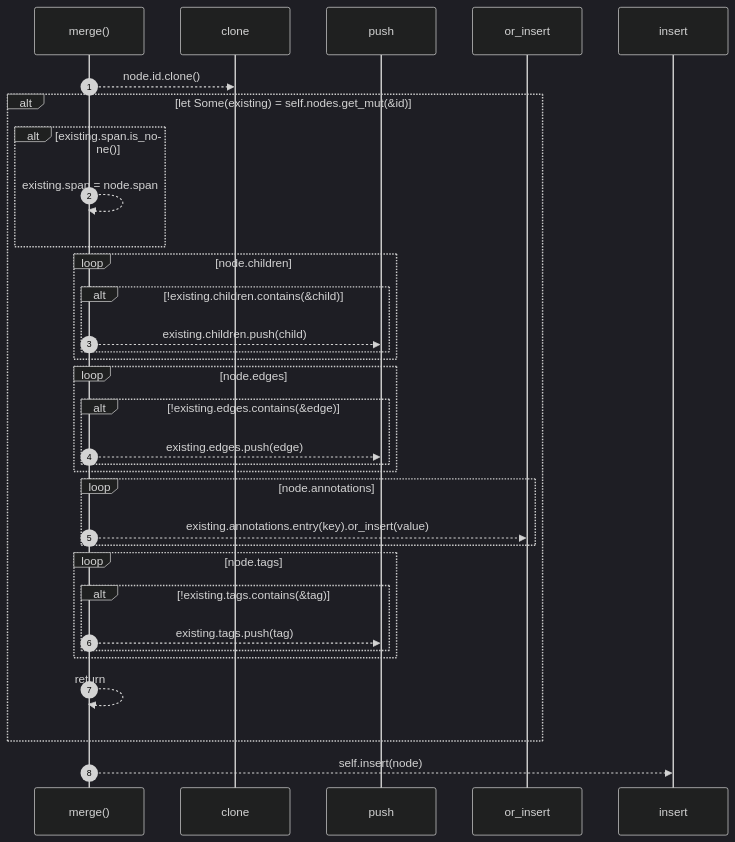
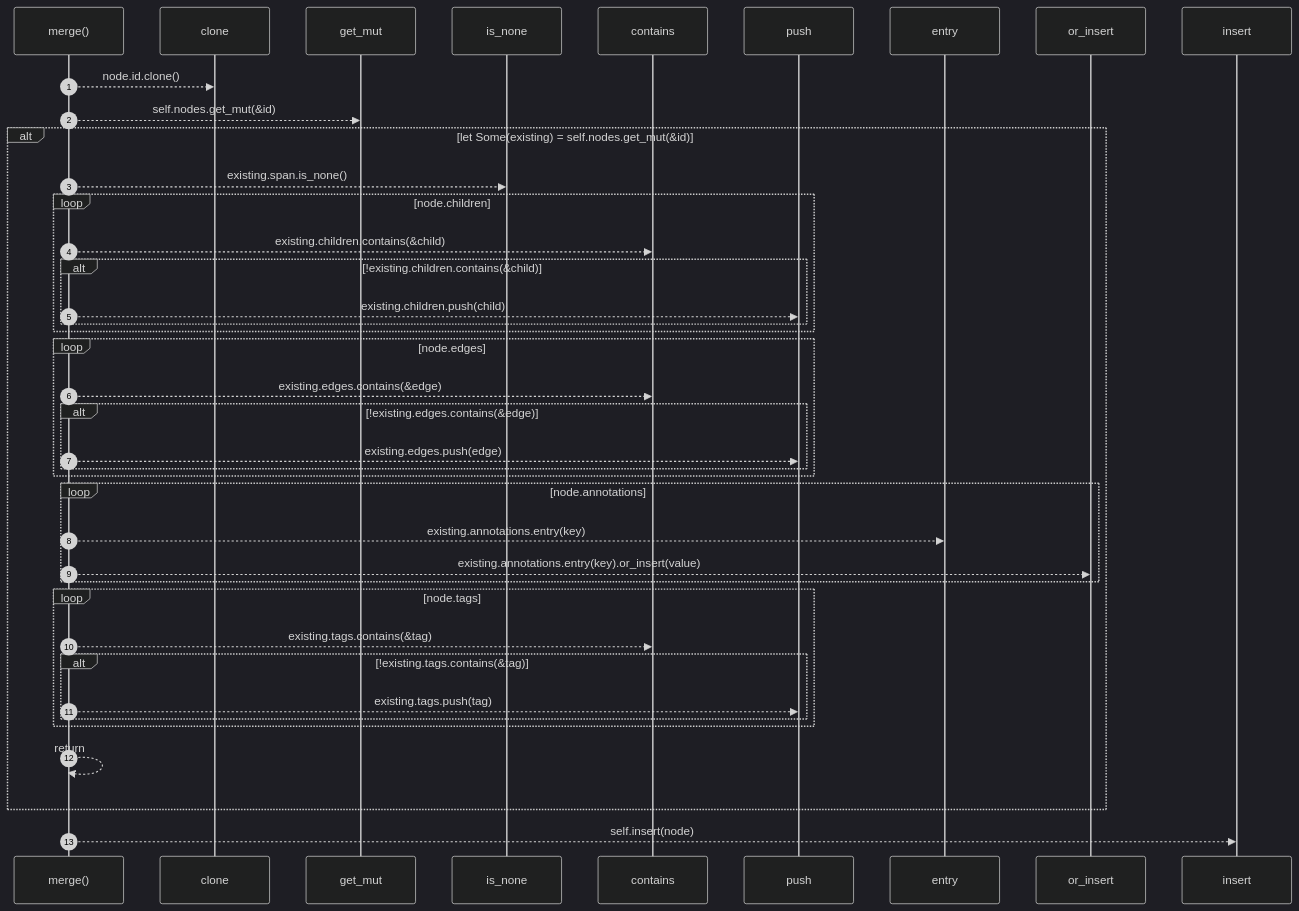
The fifth of 8 diagrams in docs/self-model/robby_ir/model/impl-document.md (RyanGuild/self-describing-code), drawn with Mermaid (dark theme) before and after one commit. The commit also changed other lines of this file and 1404 other files, not shown here.

````diff
--- a/docs/self-model/robby_ir/model/impl-document.md
+++ b/docs/self-model/robby_ir/model/impl-document.md
@@ -273,35 +483,42 @@
 ```mermaid
 sequenceDiagram
     autonumber
     participant merge as merge()
     participant clone as clone
+    participant get_mut as get_mut
+    participant is_none as is_none
+    participant contains as contains
     participant push as push
+    participant entry as entry
     participant or_insert as or_insert
     participant insert as insert
     merge-->>clone: node.id.clone()
+    merge-->>get_mut: self.nodes.get_mut(&id)
     alt let Some(existing) = self.nodes.get_mut(&id)
-    alt existing.span.is_none()
-    merge-->>merge: existing.span = node.span
-    end
+    merge-->>is_none: existing.span.is_none()
     loop node.children
+    merge-->>contains: existing.children.contains(&child)
     alt !existing.children.contains(&child)
     merge-->>push: existing.children.push(child)
     end
     end
     loop node.edges
+    merge-->>contains: existing.edges.contains(&edge)
     alt !existing.edges.contains(&edge)
     merge-->>push: existing.edges.push(edge)
     end
     end
     loop node.annotations
+    merge-->>entry: existing.annotations.entry(key)
     merge-->>or_insert: existing.annotations.entry(key).or_insert(value)
     end
     loop node.tags
+    merge-->>contains: existing.tags.contains(&tag)
     alt !existing.tags.contains(&tag)
     merge-->>push: existing.tags.push(tag)
     end
     end
     merge-->>merge: return
     end
     merge-->>insert: self.insert(node)
 ```
````
